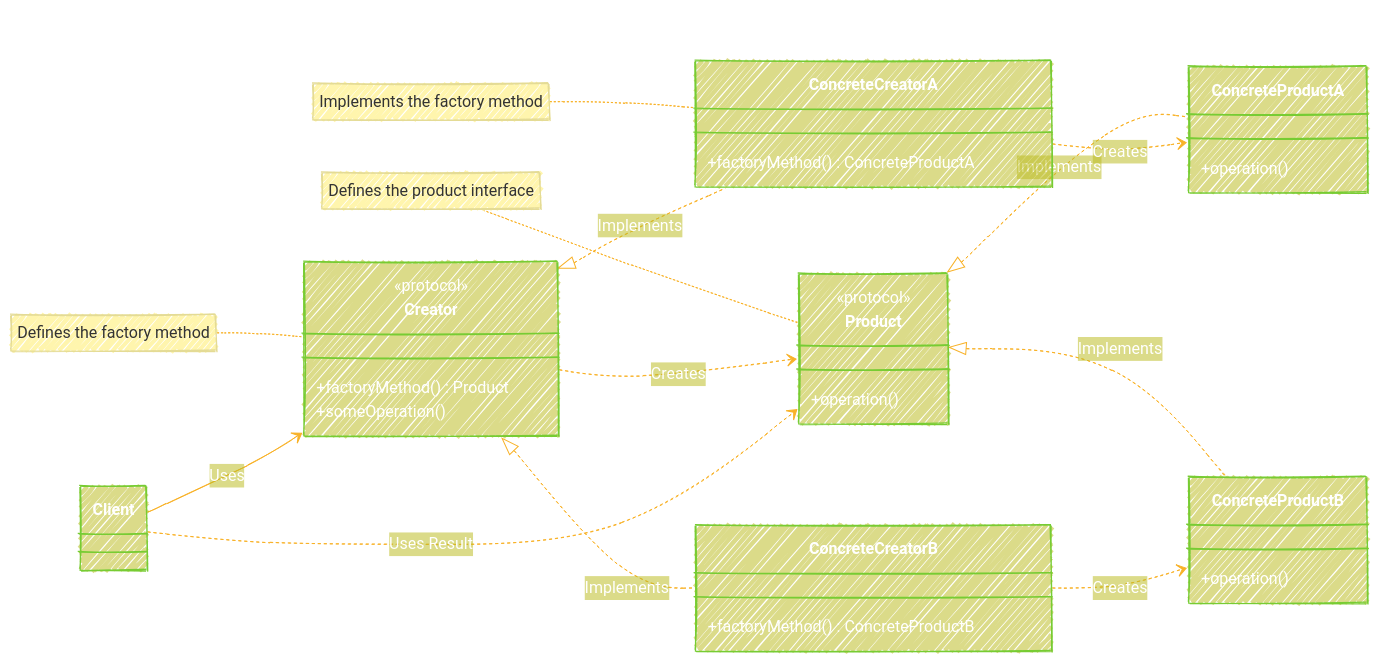
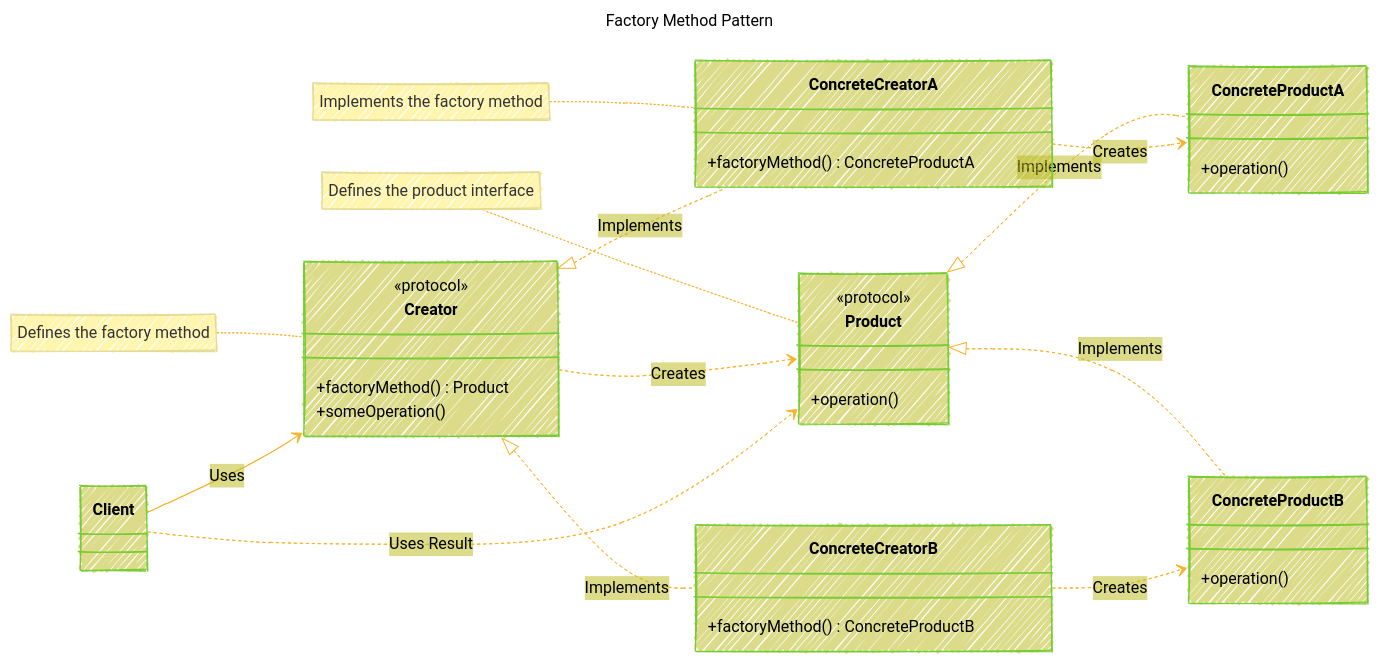
The third of 7 diagrams in Design_Patterns/Factory_Pattern/Factory_Pattern_in_iOS_Development.md (CongLeSolutionX/iOS-development-vault), drawn with Mermaid before and after one commit.

Commit message:
update notes

````diff
--- a/Design_Patterns/Factory_Pattern/Factory_Pattern_in_iOS_Development.md
+++ b/Design_Patterns/Factory_Pattern/Factory_Pattern_in_iOS_Development.md
@@ -193,64 +193,64 @@
 ```mermaid
 ---
 title: "Factory Method Pattern"
 author: "Cong Le"
 version: "1.0"
 license(s): "MIT, CC BY 4.0"
 copyright: "Copyright (c) 2025 Cong Le. All Rights Reserved."
 config:
   look: handDrawn
   theme: base
 ---
 %%%%%%%% Mermaid version v11.4.1-b.14
 %%{
   init: {
     'classDiagram': { 'htmlLabels': false},
     'fontFamily': 'Monospace',
     'themeVariables': {
       'primaryColor': '#BB28',
-      'primaryTextColor': '#FFF',
-      'textColor': '#FFF',
+      'primaryTextColor': '#000',
+      'textColor': '#000',
       'lineColor': '#F8B229',
       'primaryBorderColor': '#7C3',
       'secondaryColor': '#DD15'
     }
   }
 }%%
 classDiagram
     direction LR
     class Creator {
         <<protocol>>
         +factoryMethod() Product
         +someOperation()
     }
     class ConcreteCreatorA {
         +factoryMethod() ConcreteProductA
     }
     class ConcreteCreatorB {
         +factoryMethod() ConcreteProductB
     }
     class Product {
         <<protocol>>
         +operation()
     }
     class ConcreteProductA {
         +operation()
     }
     class ConcreteProductB {
         +operation()
     }
 
     Creator <|.. ConcreteCreatorA : Implements
     Creator <|.. ConcreteCreatorB : Implements
     Product <|.. ConcreteProductA : Implements
     Product <|.. ConcreteProductB : Implements
     Creator ..> Product : Creates
     ConcreteCreatorA ..> ConcreteProductA : Creates
     ConcreteCreatorB ..> ConcreteProductB : Creates
 
     note for Creator "Defines the factory method"
     note for ConcreteCreatorA "Implements the factory method"
     note for Product "Defines the product interface"
     Client --> Creator : Uses
     Client ..> Product : Uses Result
 ```
````
